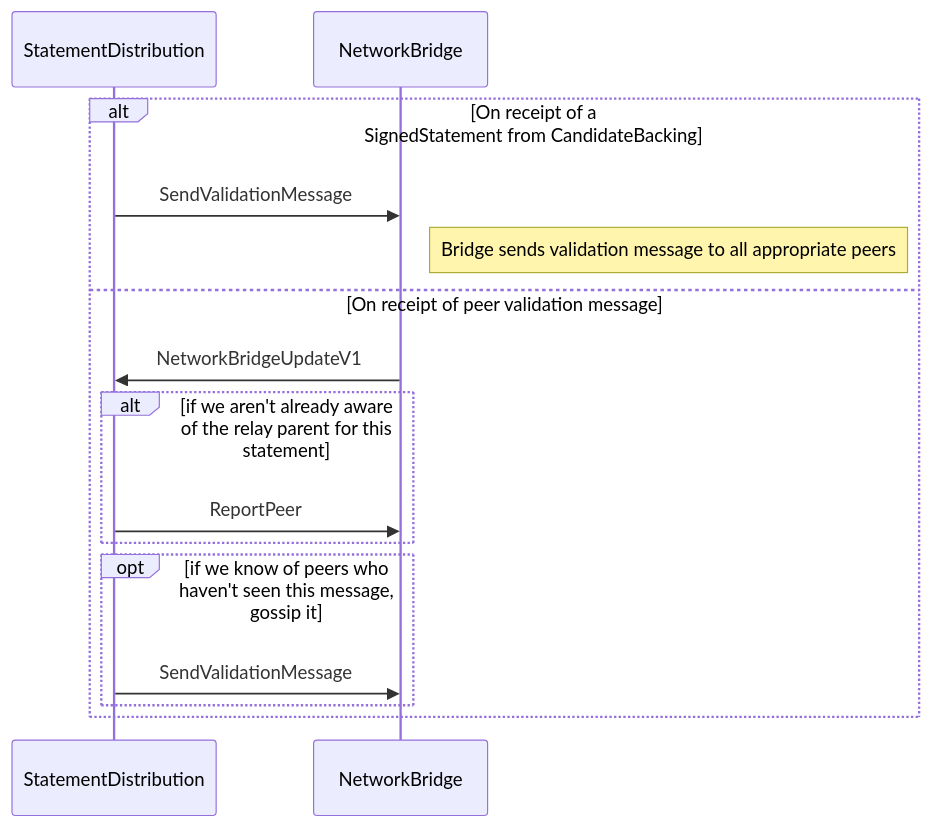
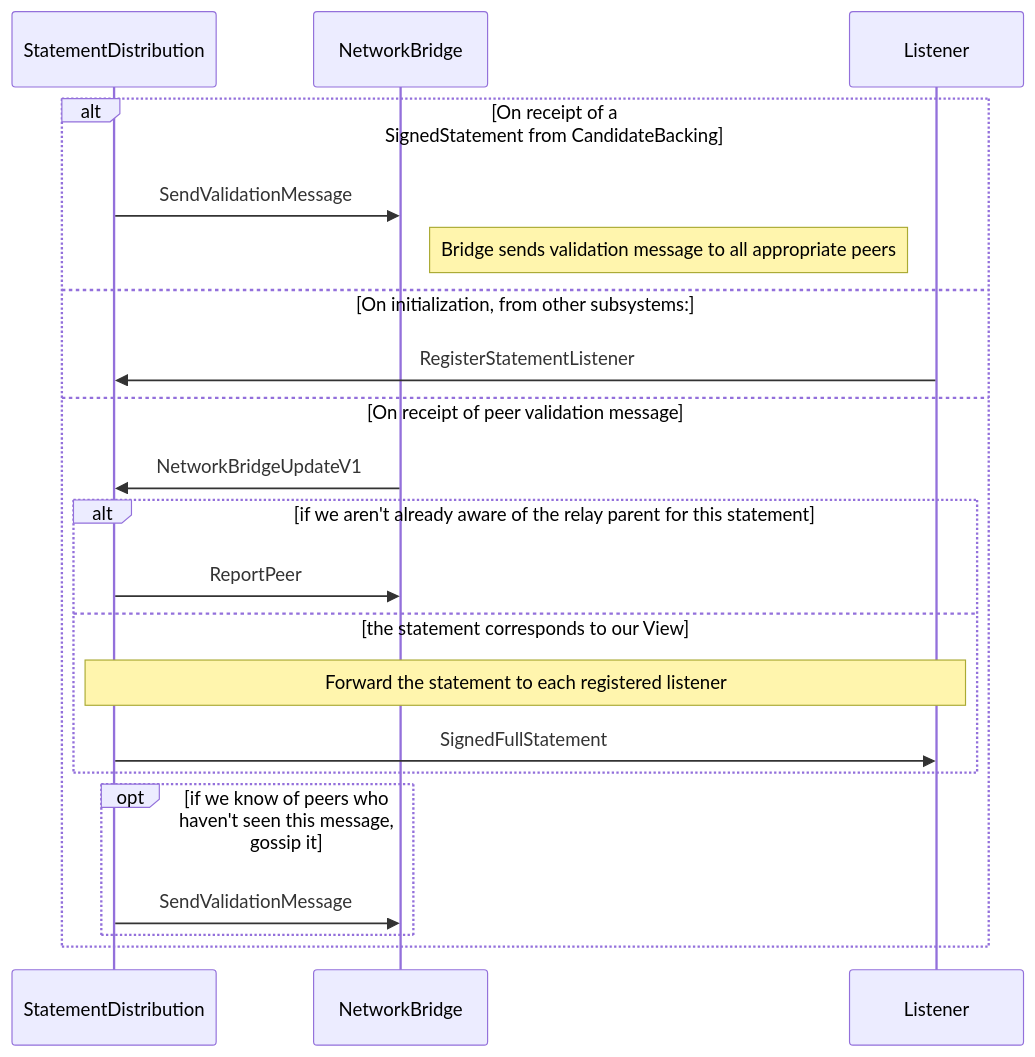
The fifth of 10 diagrams in roadmap/implementers-guide/src/node/subsystems-and-jobs.md (SpiderDAO/polkadot), drawn with Mermaid before and after one commit. The commit also changed other lines of this file and 259 other files, not shown here.

````diff
--- a/roadmap/implementers-guide/src/node/subsystems-and-jobs.md
+++ b/roadmap/implementers-guide/src/node/subsystems-and-jobs.md
@@ -256,24 +256,30 @@
 ```mermaid
 sequenceDiagram
     participant SD as StatementDistribution
     participant NB as NetworkBridge
+    participant Listener
 
     alt On receipt of a<br/>SignedStatement from CandidateBacking
         % fn circulate_statement_and_dependents
         SD ->> NB: SendValidationMessage
 
         Note right of NB: Bridge sends validation message to all appropriate peers
+    else On initialization, from other subsystems:
+        Listener ->> SD: RegisterStatementListener
     else On receipt of peer validation message
         NB ->> SD: NetworkBridgeUpdateV1
 
         % fn handle_incoming_message
         alt if we aren't already aware of the relay parent for this statement
             SD ->> NB: ReportPeer
+        else the statement corresponds to our View
+            Note over SD,Listener: Forward the statement to each registered listener
+            SD ->> Listener: SignedFullStatement
         end
 
         % fn circulate_statement
         opt if we know of peers who haven't seen this message, gossip it
             SD ->> NB: SendValidationMessage
         end
     end
 ```
````
